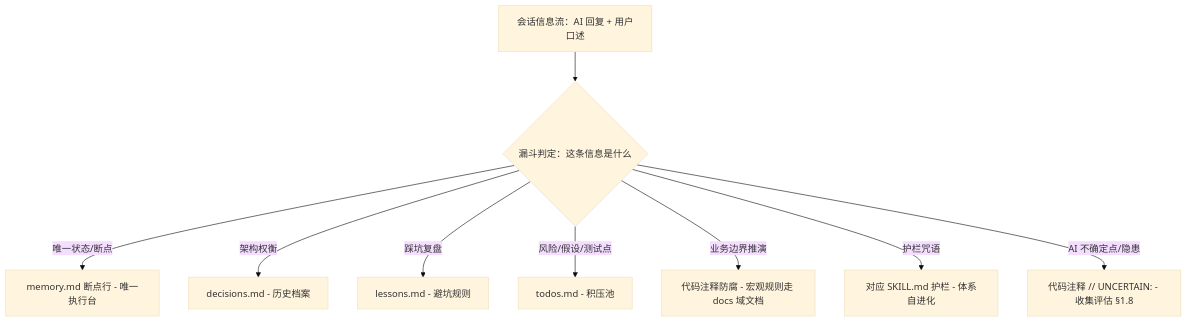
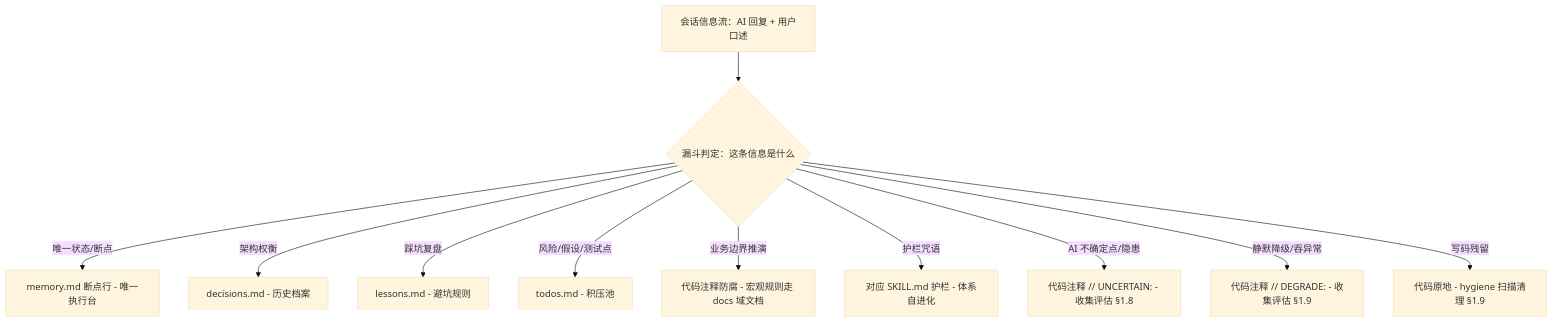
The second of 6 diagrams in README.md (loveheng/skill-system), drawn with Mermaid (base theme) before and after one commit. The commit also changed other lines of this file, not shown here.

First line of the commit message:
docs: 新增 §1.9 静默降级与代码残留（DEGRADE 约定 + 卫生扫描机制）

````diff
--- a/README.md
+++ b/README.md
@@ -85,11 +87,13 @@
 ```mermaid
 flowchart TD
     A[会话信息流：AI 回复 + 用户口述] --> B{漏斗判定：这条信息是什么}
     B -->|唯一状态/断点| C1[memory.md 断点行 - 唯一执行台]
     B -->|架构权衡| C2[decisions.md - 历史档案]
     B -->|踩坑复盘| C3[lessons.md - 避坑规则]
     B -->|风险/假设/测试点| C4[todos.md - 积压池]
     B -->|业务边界推演| C5[代码注释防腐 - 宏观规则走 docs 域文档]
     B -->|护栏咒语| C6[对应 SKILL.md 护栏 - 体系自进化]
     B -->|AI 不确定点/隐患| C7["代码注释 // UNCERTAIN: - 收集评估 §1.8"]
+    B -->|静默降级/吞异常| C8["代码注释 // DEGRADE: - 收集评估 §1.9"]
+    B -->|写码残留| C9["代码原地 - hygiene 扫描清理 §1.9"]
 ```
````
